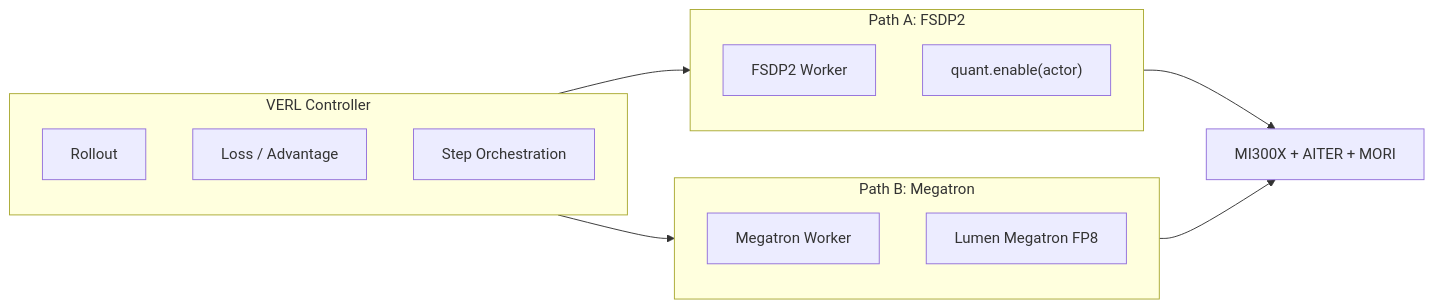
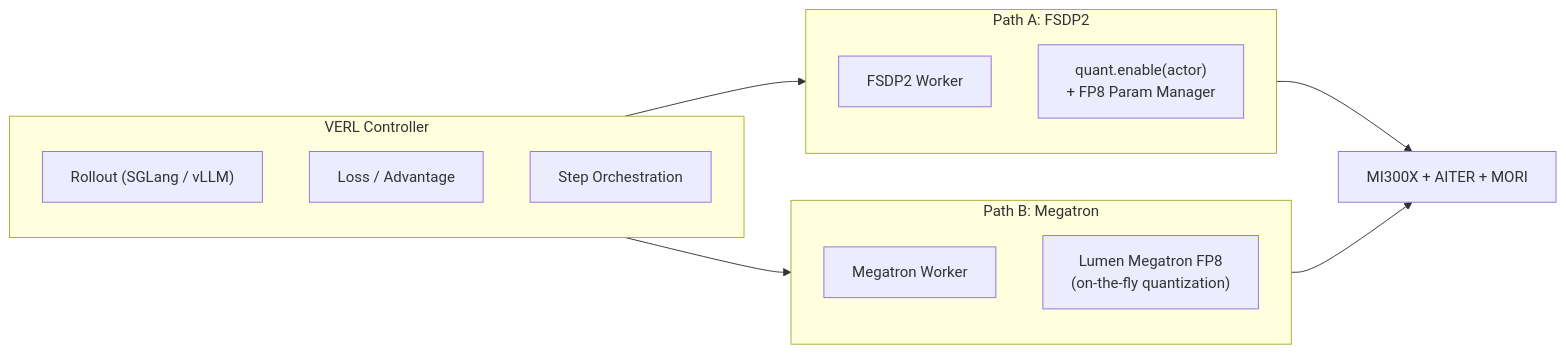
Before and after one commit to ZhangDanyang-AMD/Lumen: the diagram in lumen-docs/docs/source/advance/rl_training.md, drawn with Mermaid. The commit also changed other lines of this file and 5 other files, not shown here.

First line of the commit message:
Update docs with VERL FSDP2 vs Megatron benchmarks and vLLM rollout support

````diff
--- a/lumen-docs/docs/source/advance/rl_training.md
+++ b/lumen-docs/docs/source/advance/rl_training.md
@@ -59,23 +68,23 @@
 ```{mermaid}
 flowchart LR
   subgraph VERL["VERL Controller"]
-    R["Rollout"]
+    R["Rollout (SGLang / vLLM)"]
     L["Loss / Advantage"]
     S["Step Orchestration"]
   end
 
   subgraph PathA["Path A: FSDP2"]
     FA["FSDP2 Worker"]
-    FQ["quant.enable(actor)"]
+    FQ["quant.enable(actor)\n+ FP8 Param Manager"]
   end
 
   subgraph PathB["Path B: Megatron"]
     MA["Megatron Worker"]
-    MQ["Lumen Megatron FP8"]
+    MQ["Lumen Megatron FP8\n(on-the-fly quantization)"]
   end
 
   VERL --> PathA
   VERL --> PathB
   PathA --> HW["MI300X + AITER + MORI"]
   PathB --> HW
 ```
````
